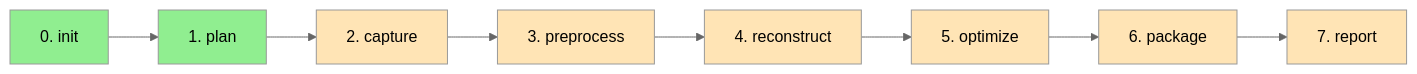
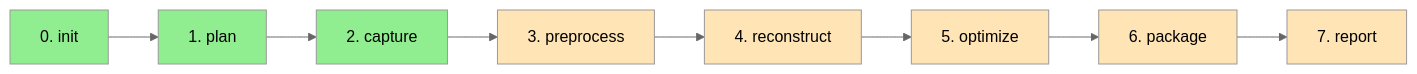
The diagram in README.md (TANUKIpro/scan2mesh), drawn with Mermaid (neutral theme) before and after one commit. The commit also changed other lines of this file and 17 other files, not shown here.

````diff
--- a/README.md
+++ b/README.md
@@ -46,19 +46,19 @@
 ```mermaid
 graph LR
     A[0. init] --> B[1. plan]
     B --> C[2. capture]
     C --> D[3. preprocess]
     D --> E[4. reconstruct]
     E --> F[5. optimize]
     F --> G[6. package]
     G --> H[7. report]
 
     style A fill:#90EE90
     style B fill:#90EE90
-    style C fill:#FFE4B5
+    style C fill:#90EE90
     style D fill:#FFE4B5
     style E fill:#FFE4B5
     style F fill:#FFE4B5
     style G fill:#FFE4B5
     style H fill:#FFE4B5
 ```
````
